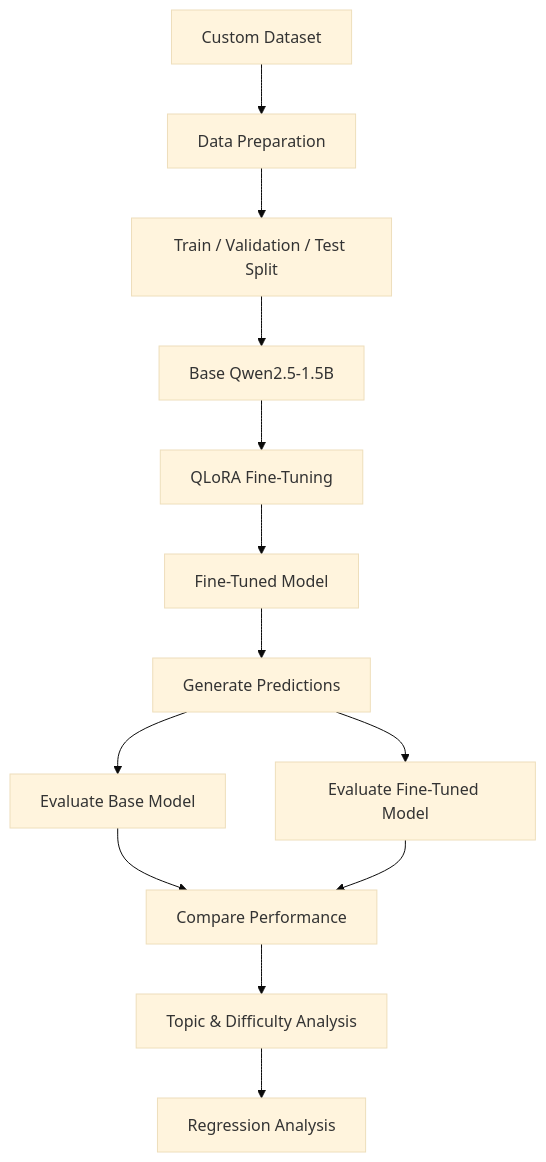
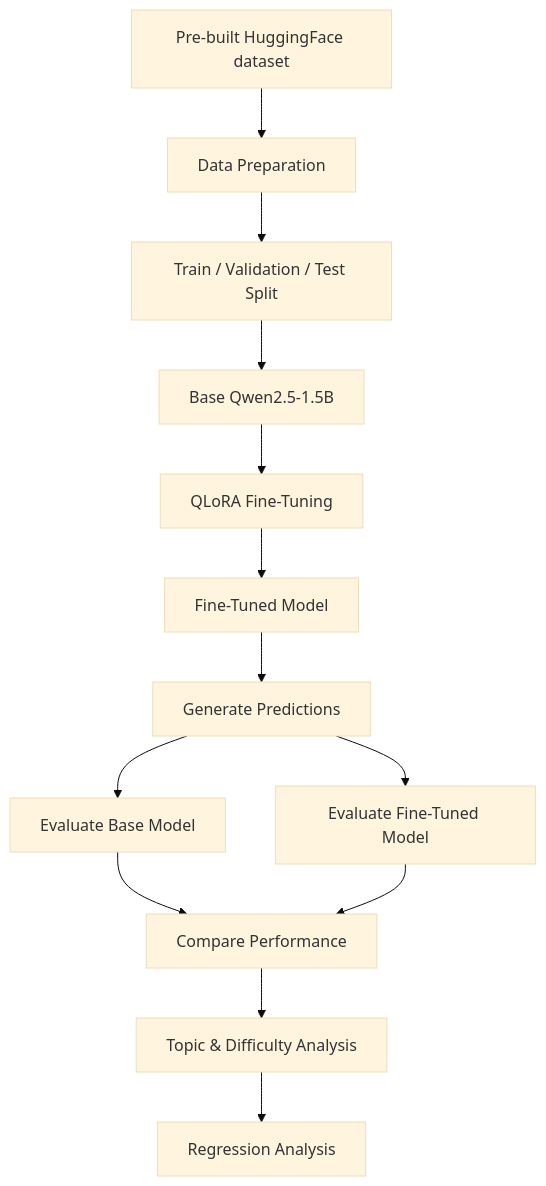
One commit to Hi-na-2004/qwen-domain-finetuning changed the diagram in README.md. Above: the diagram before and after it, drawn with Mermaid (base theme).

````diff
--- a/README.md
+++ b/README.md
@@ -71,15 +71,15 @@
 ```mermaid
 flowchart TD
-    A[Custom Dataset] --> B[Data Preparation]
+    A[Pre-built HuggingFace dataset] --> B[Data Preparation]
     B --> C[Train / Validation / Test Split]
     C --> D[Base Qwen2.5-1.5B]
     D --> E[QLoRA Fine-Tuning]
     E --> F[Fine-Tuned Model]
     F --> G[Generate Predictions]
     G --> H[Evaluate Base Model]
     G --> I[Evaluate Fine-Tuned Model]
     H --> J[Compare Performance]
     I --> J
     J --> K[Topic & Difficulty Analysis]
     K --> L[Regression Analysis]
 ```
````
